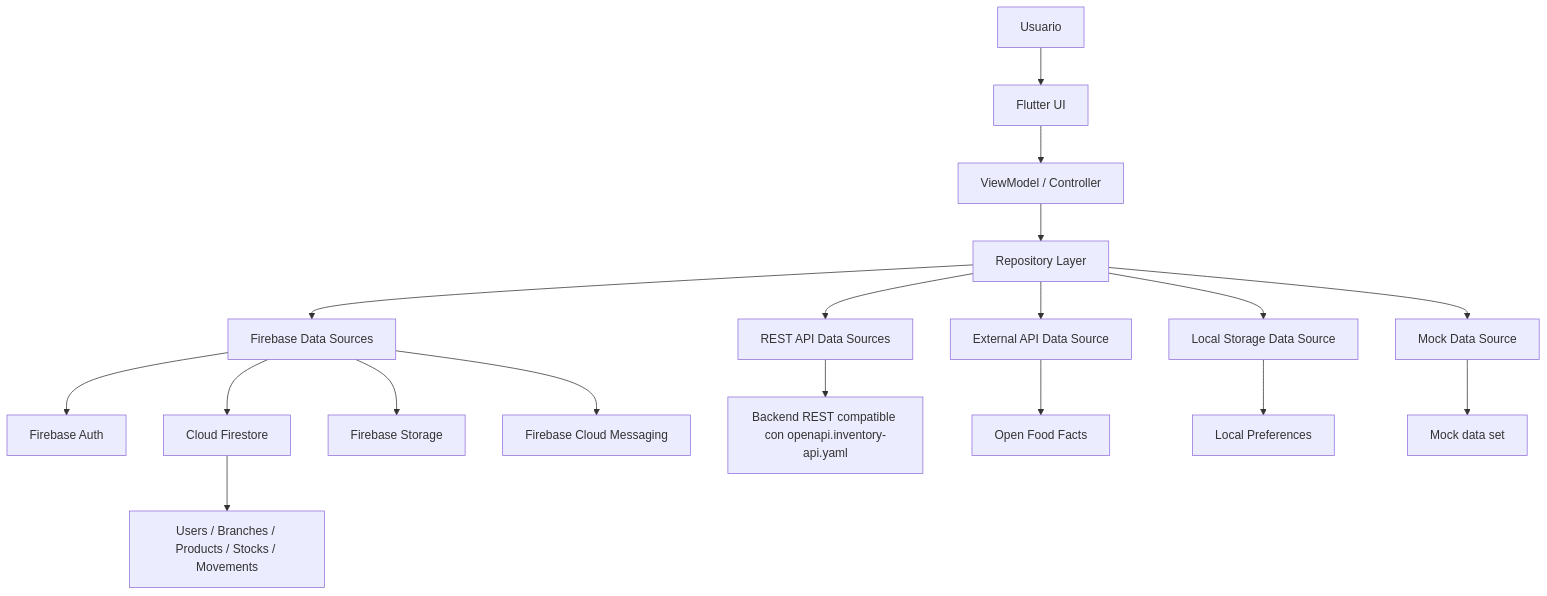
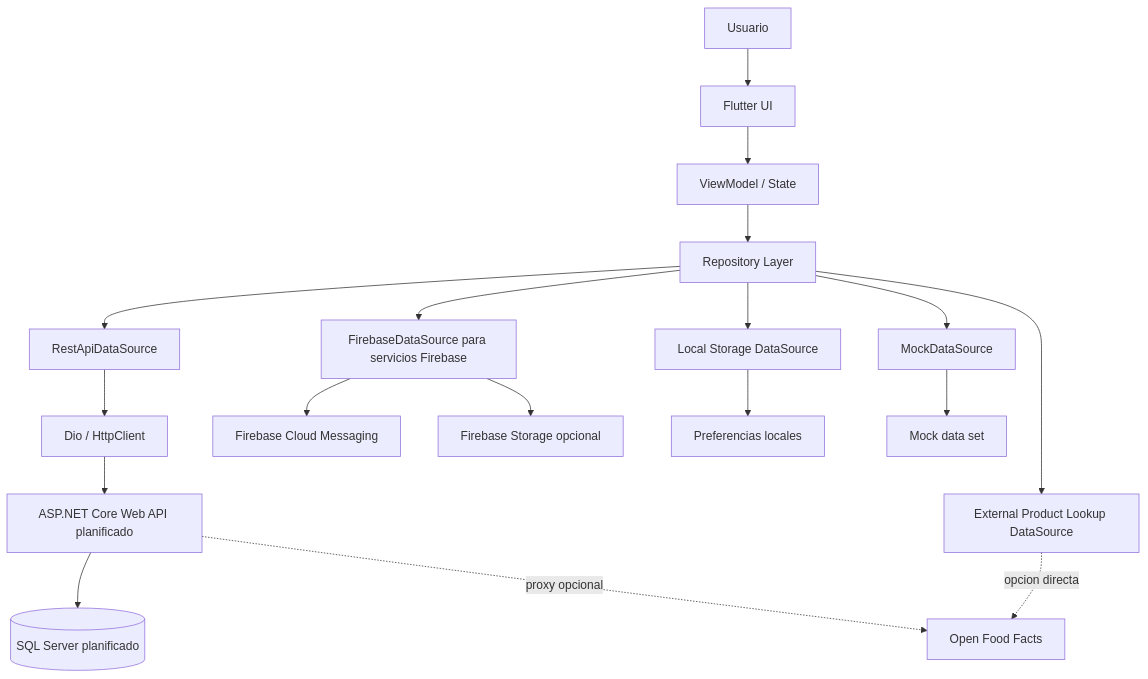
Before and after one commit to DevTeam-DAKFC/inventory-mobile-project: the first of 8 diagrams in docs/architecture/system-architecture.md, drawn with Mermaid. The commit also changed other lines of this file, not shown here.

Commit message:
docs(architecture): align system architecture with .NET backend

````diff
--- a/docs/architecture/system-architecture.md
+++ b/docs/architecture/system-architecture.md
@@ -69,26 +73,26 @@
 ```mermaid
 flowchart TD
     User[Usuario] --> UI[Flutter UI]
 
-    UI --> VM[ViewModel / Controller]
+    UI --> VM[ViewModel / State]
     VM --> Repo[Repository Layer]
 
-    Repo --> FirebaseDS[Firebase Data Sources]
-    Repo --> RestDS[REST API Data Sources]
-    Repo --> ExternalDS[External API Data Source]
-    Repo --> LocalDS[Local Storage Data Source]
-    Repo --> MockDS[Mock Data Source]
+    Repo --> RestDS[RestApiDataSource]
+    Repo --> MockDS[MockDataSource]
+    Repo --> ExternalDS[External Product Lookup DataSource]
+    Repo --> FirebaseDS[FirebaseDataSource para servicios Firebase]
+    Repo --> LocalDS[Local Storage DataSource]
 
-    FirebaseDS --> Auth[Firebase Auth]
-    FirebaseDS --> Firestore[Cloud Firestore]
-    FirebaseDS --> Storage[Firebase Storage]
+    RestDS --> Dio[Dio / HttpClient]
+    Dio --> Api[ASP.NET Core Web API planificado]
+    Api --> Sql[(SQL Server planificado)]
+
+    Api -. proxy opcional .-> ProductAPI[Open Food Facts]
+    ExternalDS -. opcion directa .-> ProductAPI
+
     FirebaseDS --> FCM[Firebase Cloud Messaging]
+    FirebaseDS --> Storage[Firebase Storage opcional]
 
-    RestDS --> RestBackend[Backend REST compatible con openapi.inventory-api.yaml]
-
-    ExternalDS --> ProductAPI[Open Food Facts]
-    LocalDS --> Preferences[Local Preferences]
+    LocalDS --> Preferences[Preferencias locales]
     MockDS --> MockSet[Mock data set]
-
-    Firestore --> Collections[Users / Branches / Products / Stocks / Movements]
 ```
````
